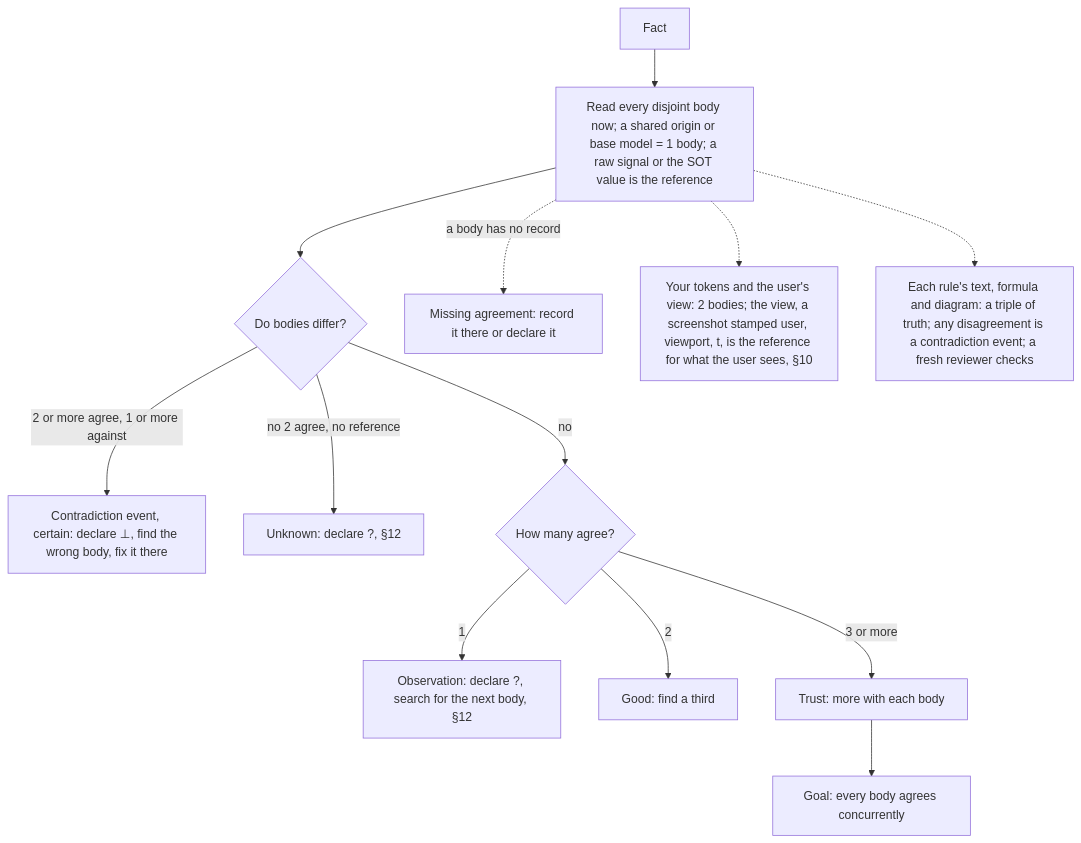
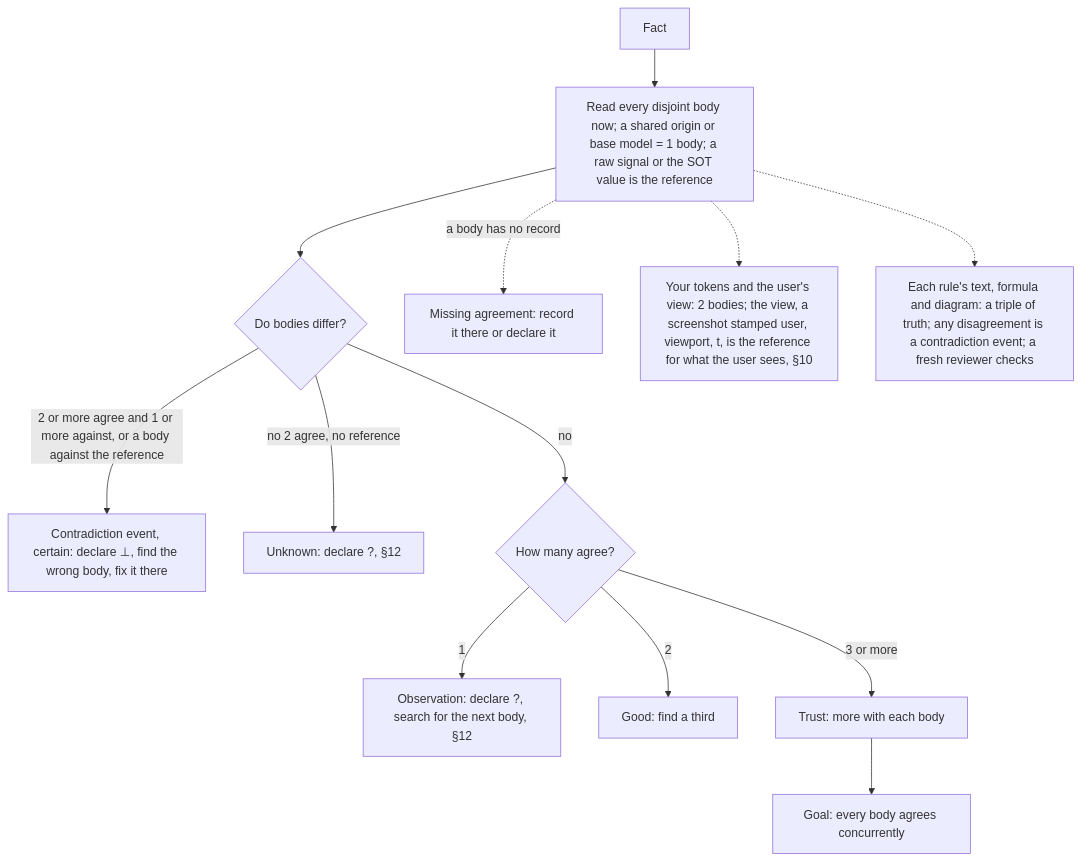
Diagram 14 of 14 in AGENTS.md (SolenixAI/arbiter), drawn with Mermaid before and after one commit. The commit also changed other lines of this file, not shown here.

Commit message:
fix(agents): a body against the reference is the wrong body; official docs in all three forms

````diff
--- a/AGENTS.md
+++ b/AGENTS.md
@@ -544,15 +544,15 @@
 ```mermaid
 flowchart TD
   F[Fact] --> B["Read every disjoint body now; a shared origin or base model = 1 body; a raw signal or the SOT value is the reference"]
   B --> D{Do bodies differ?}
-  D -->|2 or more agree, 1 or more against| C["Contradiction event, certain: declare ⊥, find the wrong body, fix it there"]
+  D -->|2 or more agree and 1 or more against, or a body against the reference| C["Contradiction event, certain: declare ⊥, find the wrong body, fix it there"]
   D -->|no 2 agree, no reference| U["Unknown: declare ?, §12"]
   D -->|no| N{How many agree?}
   N -->|1| O["Observation: declare ?, search for the next body, §12"]
   N -->|2| G[Good: find a third]
   N -->|3 or more| T["Trust: more with each body"]
   B -.->|a body has no record| Mi[Missing agreement: record it there or declare it]
   B -.-> TP["Your tokens and the user's view: 2 bodies; the view, a screenshot stamped user, viewport, t, is the reference for what the user sees, §10"]
   B -.-> TR["Each rule's text, formula and diagram: a triple of truth; any disagreement is a contradiction event; a fresh reviewer checks"]
   T --> Goal[Goal: every body agrees concurrently]
 ```
````
